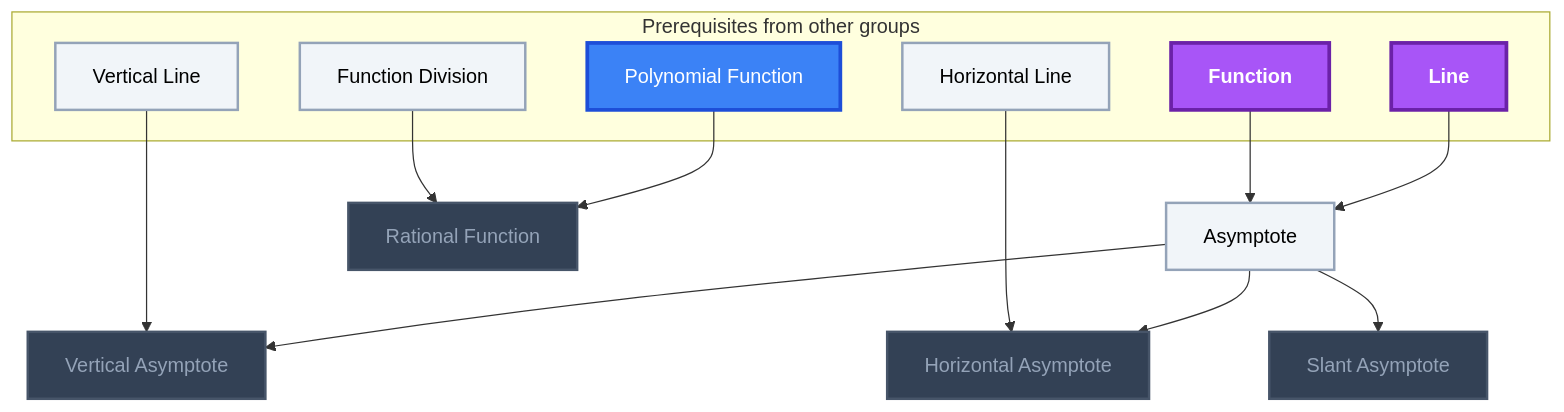
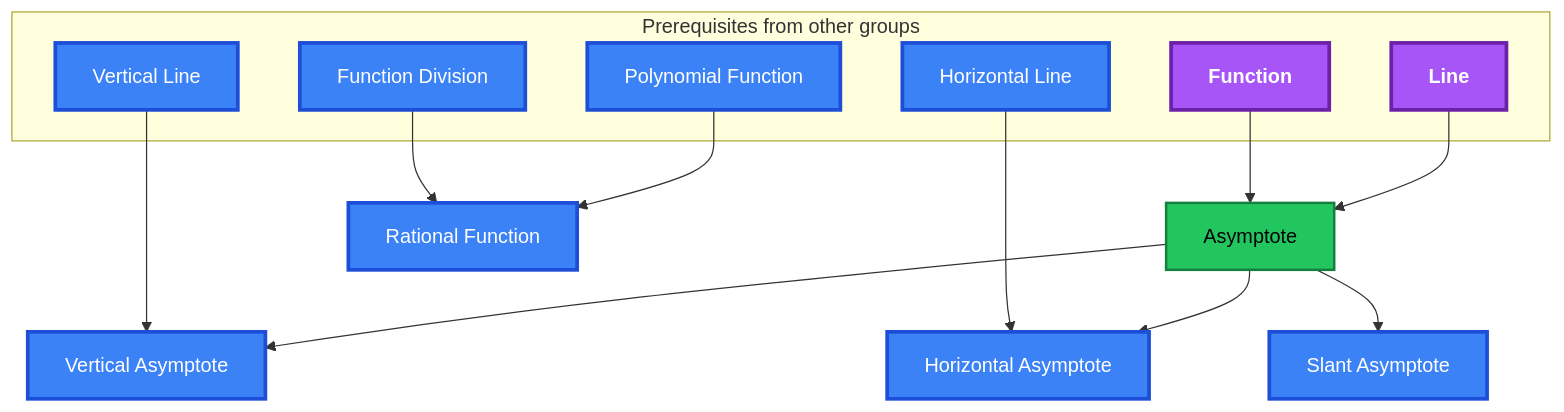
One commit to MRauf1/My-Notes changed the fourth of 11 diagrams in Gamification/Skill Trees/Pre-Calculus.md. Above: the diagram before and after it, drawn with Mermaid. The commit also changed other lines of this file and 145 other files, not shown here.

````diff
--- a/Gamification/Skill Trees/Pre-Calculus.md
+++ b/Gamification/Skill Trees/Pre-Calculus.md
@@ -343,39 +343,38 @@
 ```mermaid
 flowchart TD
     classDef planned fill:#1E293B,stroke:#64748B,stroke-width:2px,stroke-dasharray:5 5,color:#94A3B8;
     classDef locked fill:#334155,stroke:#475569,stroke-width:2px,color:#94A3B8;
     classDef L0 fill:#F1F5F9,stroke:#94A3B8,stroke-width:2px,color:#000000;
     classDef L1 fill:#22C55E,stroke:#15803D,stroke-width:2px,color:#000000;
     classDef L2 fill:#3B82F6,stroke:#1D4ED8,stroke-width:3px,color:#FFFFFF;
     classDef L3 fill:#A855F7,stroke:#6B21A8,stroke-width:3px,color:#FFFFFF,font-weight:bold;
     classDef L4 fill:#F97316,stroke:#C2410C,stroke-width:4px,color:#000000,font-weight:bold;
     classDef L5 fill:#FFD700,stroke:#FF8C00,stroke-width:5px,color:#000000,font-weight:bold;
     classDef rusty stroke:#8B4513,stroke-width:4px,stroke-dasharray:3 3;
     subgraph sg_prereqs["Prerequisites from other groups"]
         n_function["Function"]
         n_line["Line"]
         n_function_division["Function Division"]
         n_polynomial_function["Polynomial Function"]
         n_vertical_line["Vertical Line"]
         n_horizontal_line["Horizontal Line"]
     end
     n_asymptote["Asymptote"]
     n_rational_function["Rational Function"]
     n_vertical_asymptote["Vertical Asymptote"]
     n_horizontal_asymptote["Horizontal Asymptote"]
     n_slant_asymptote["Slant Asymptote"]
     n_function --> n_asymptote
     n_line --> n_asymptote
     n_function_division --> n_rational_function
     n_polynomial_function --> n_rational_function
     n_vertical_line --> n_vertical_asymptote
     n_asymptote --> n_vertical_asymptote
     n_horizontal_line --> n_horizontal_asymptote
     n_asymptote --> n_horizontal_asymptote
     n_asymptote --> n_slant_asymptote
-    class n_rational_function,n_vertical_asymptote,n_horizontal_asymptote,n_slant_asymptote locked;
-    class n_function_division,n_vertical_line,n_horizontal_line,n_asymptote L0;
-    class n_polynomial_function L2;
+    class n_asymptote L1;
+    class n_function_division,n_polynomial_function,n_vertical_line,n_horizontal_line,n_rational_function,n_vertical_asymptote,n_horizontal_asymptote,n_slant_asymptote L2;
     class n_function,n_line L3;
     class n_function,n_line,n_function_division,n_polynomial_function,n_vertical_line,n_horizontal_line,n_asymptote,n_rational_function,n_vertical_asymptote,n_horizontal_asymptote,n_slant_asymptote internal-link;
 ```
````
